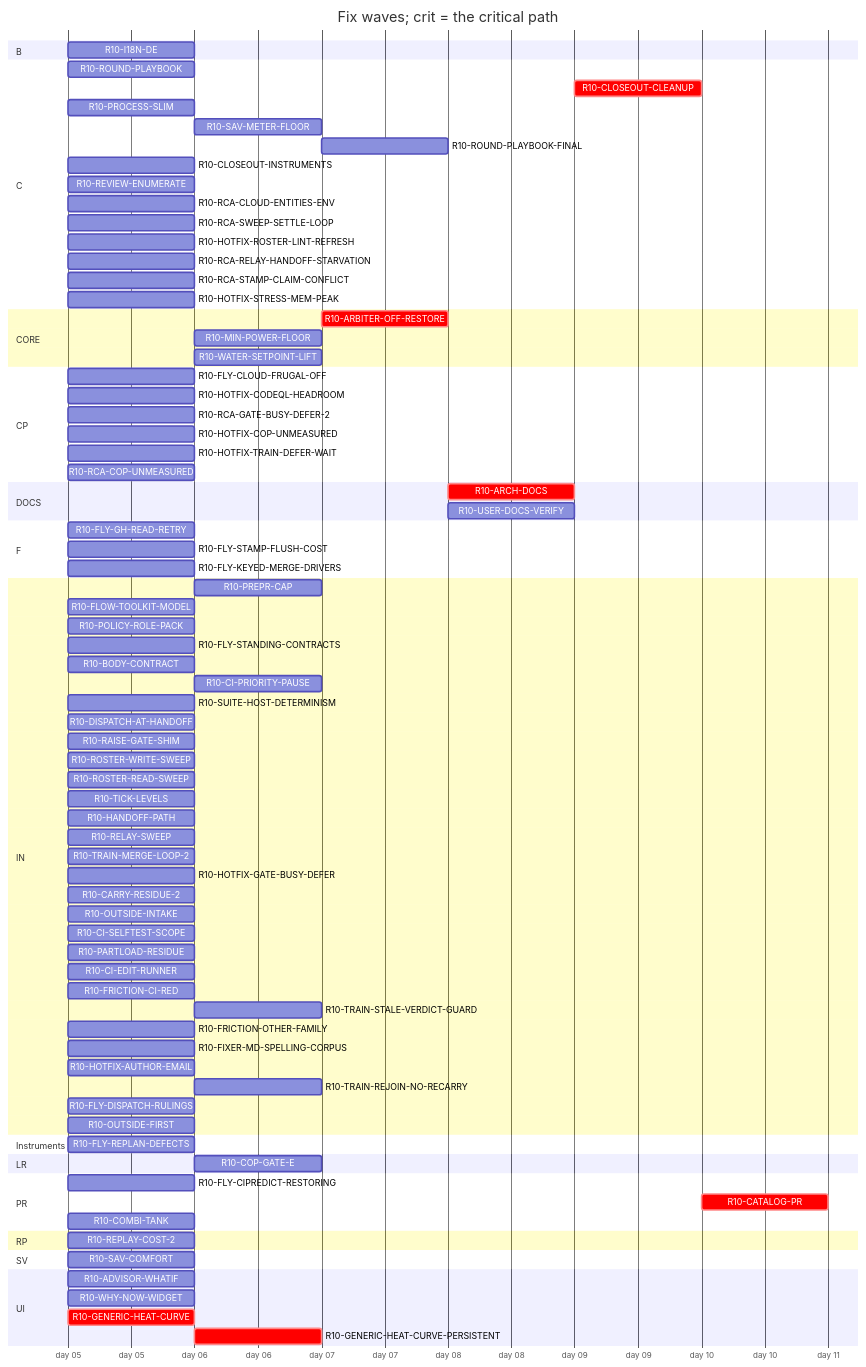
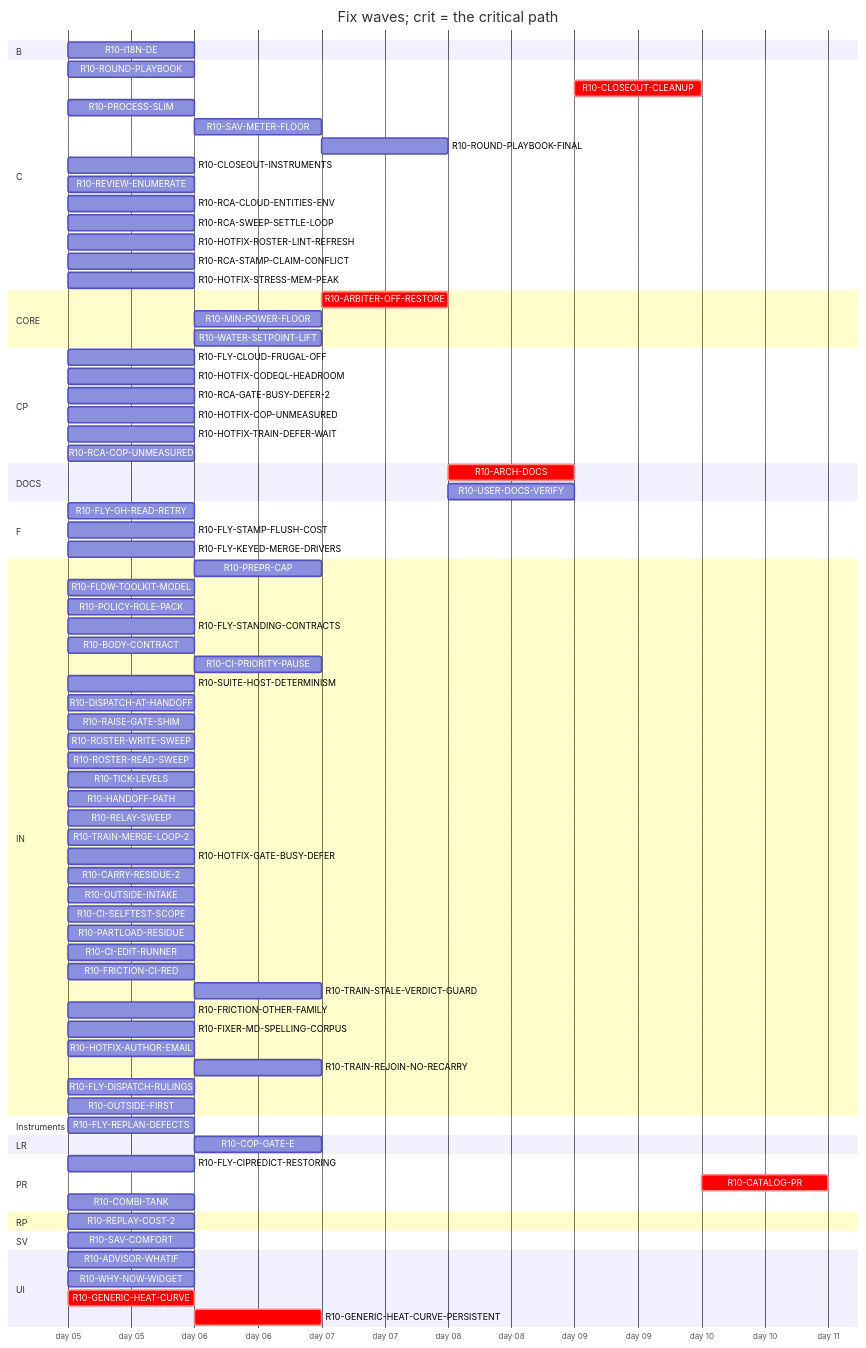
One commit to tvofi/heatpump_optimizer changed the diagram in handoff/round10/state/PLAN-TABLE.md. Above: the diagram before and after it, drawn with Mermaid. The commit also changed other lines of this file and 3 other files, not shown here.

Commit message:
state: FLOW-BOARD.md, NEXT-SESSION-PROMPT.md, PLAN-TABLE.md, RESUME-CURRENT.md regenerated (state_docs.py)

```diff
--- a/handoff/round10/state/PLAN-TABLE.md
+++ b/handoff/round10/state/PLAN-TABLE.md
@@ -41,7 +41,6 @@
     R10-RCA-CLOUD-ENTITIES-ENV :r10RCACLOUDENTITIESENV, 2026-01-05, 1d
     R10-RCA-SWEEP-SETTLE-LOOP :r10RCASWEEPSETTLELOOP, 2026-01-05, 1d
     R10-HOTFIX-ROSTER-LINT-REFRESH :r10HOTFIXROSTERLINTREFRESH, 2026-01-05, 1d
-    R10-RCA-RELAY-HANDOFF-STARVATION :r10RCARELAYHANDOFFSTARVATION, 2026-01-05, 1d
     R10-RCA-STAMP-CLAIM-CONFLICT :r10RCASTAMPCLAIMCONFLICT, 2026-01-05, 1d
     R10-HOTFIX-STRESS-MEM-PEAK :r10HOTFIXSTRESSMEMPEAK, 2026-01-05, 1d
   section CORE
```
